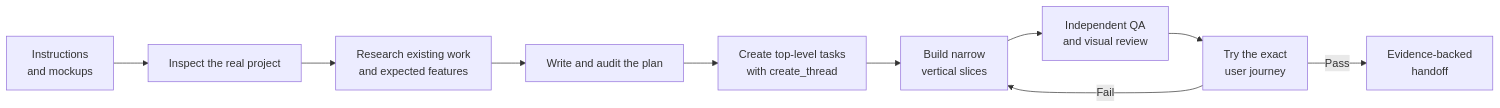
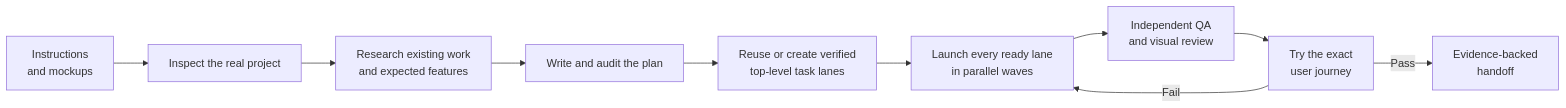
The diagram in README.md (LiquidGlek/ProjectStart), drawn with Mermaid before and after one commit. The commit also changed other lines of this file and 15 other files, not shown here.

````diff
--- a/README.md
+++ b/README.md
@@ -42,12 +47,12 @@
 ```mermaid
 flowchart LR
     A["Instructions<br/>and mockups"] --> B["Inspect the real project"]
     B --> C["Research existing work<br/>and expected features"]
     C --> D["Write and audit the plan"]
-    D --> E["Create top-level tasks<br/>with create_thread"]
-    E --> F["Build narrow<br/>vertical slices"]
+    D --> E["Reuse or create verified<br/>top-level task lanes"]
+    E --> F["Launch every ready lane<br/>in parallel waves"]
     F --> G["Independent QA<br/>and visual review"]
     G --> H["Try the exact<br/>user journey"]
     H -->|Fail| F
     H -->|Pass| I["Evidence-backed<br/>handoff"]
 ```
````
